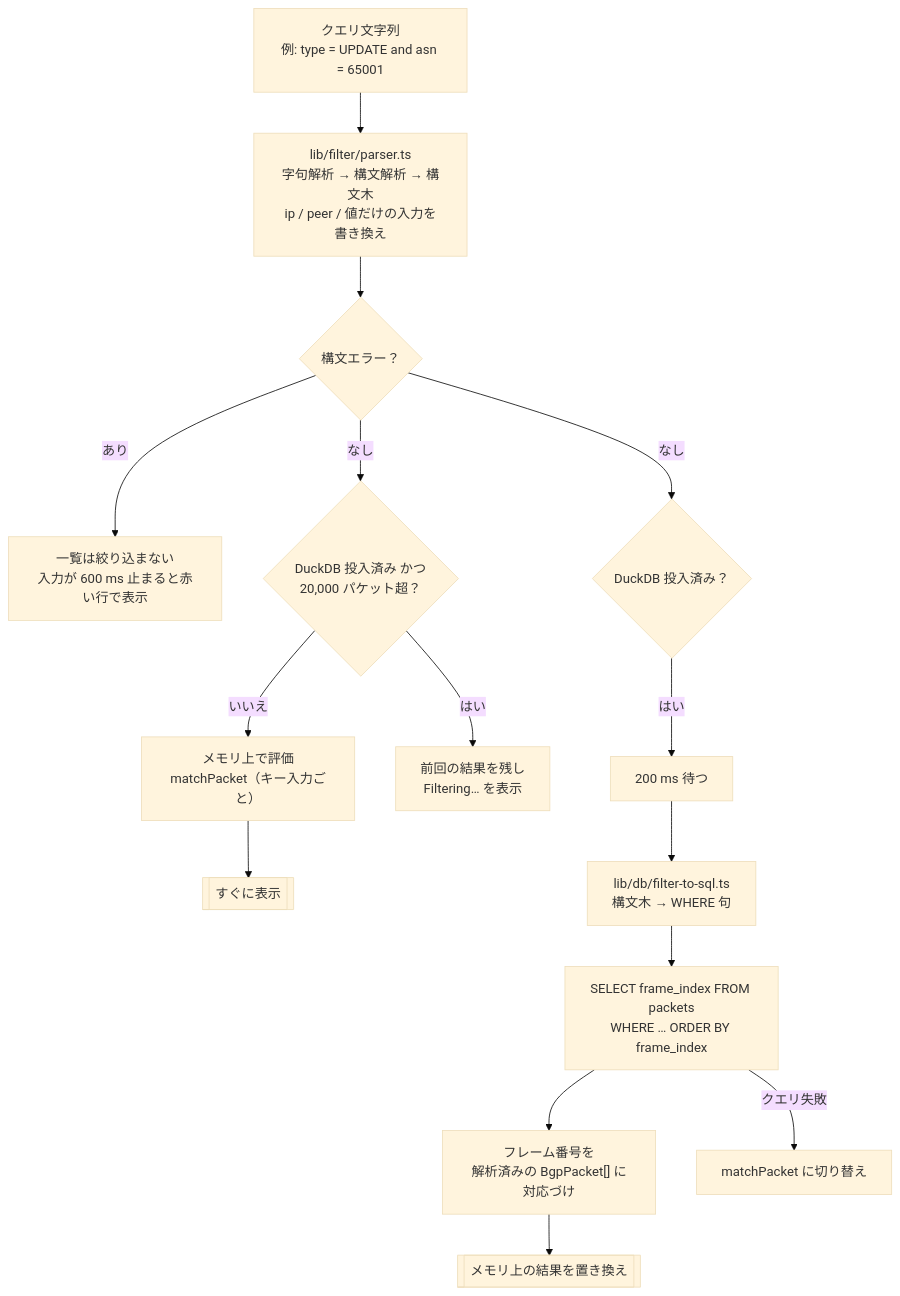
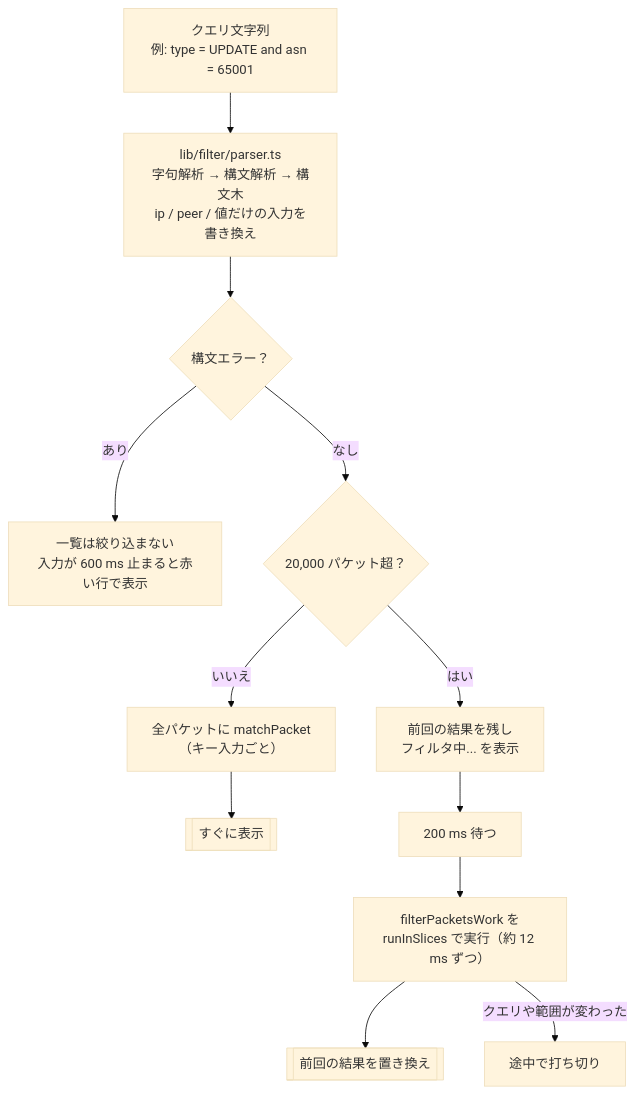
The eighth of 13 diagrams in docs/architecture.ja.md (shmuto/bgpshark), drawn with Mermaid (base theme) before and after one commit. The commit also changed other lines of this file and 12 other files, not shown here.

First line of the commit message:
Describe on-demand DuckDB and the single filter backend

````diff
--- a/docs/architecture.ja.md
+++ b/docs/architecture.ja.md
@@ -295,18 +298,14 @@
 ```mermaid
 flowchart TB
     q["クエリ文字列<br/>例: type = UPDATE and asn = 65001"] --> parse["lib/filter/parser.ts<br/>字句解析 → 構文解析 → 構文木<br/>ip / peer / 値だけの入力を書き換え"]
     parse --> err{"構文エラー？"}
     err -- "あり" --> red["一覧は絞り込まない<br/>入力が 600 ms 止まると赤い行で表示"]
-    err -- "なし" --> mem{"DuckDB 投入済み かつ<br/>20,000 パケット超？"}
+    err -- "なし" --> size{"20,000 パケット超？"}
 
-    mem -- "いいえ" --> sync["メモリ上で評価<br/>matchPacket（キー入力ごと）"]
+    size -- "いいえ" --> sync["全パケットに matchPacket<br/>（キー入力ごと）"]
     sync --> shown[["すぐに表示"]]
-    mem -- "はい" --> keep["前回の結果を残し<br/>Filtering… を表示"]
-
-    err -- "なし" --> sqlq{"DuckDB 投入済み？"}
-    sqlq -- "はい" --> deb["200 ms 待つ"] --> tosql["lib/db/filter-to-sql.ts<br/>構文木 → WHERE 句"]
-    tosql --> duck["SELECT frame_index FROM packets<br/>WHERE … ORDER BY frame_index"]
-    duck --> resolve["フレーム番号を<br/>解析済みの BgpPacket[] に対応づけ"]
-    resolve --> shown2[["メモリ上の結果を置き換え"]]
-    duck -- "クエリ失敗" --> fallback["matchPacket に切り替え"]
+    size -- "はい" --> keep["前回の結果を残し<br/>フィルタ中... を表示"]
+    keep --> deb["200 ms 待つ"] --> sliced["filterPacketsWork を<br/>runInSlices で実行（約 12 ms ずつ）"]
+    sliced --> shown2[["前回の結果を置き換え"]]
+    sliced -- "クエリや範囲が変わった" --> abort["途中で打ち切り"]
 ```
````
